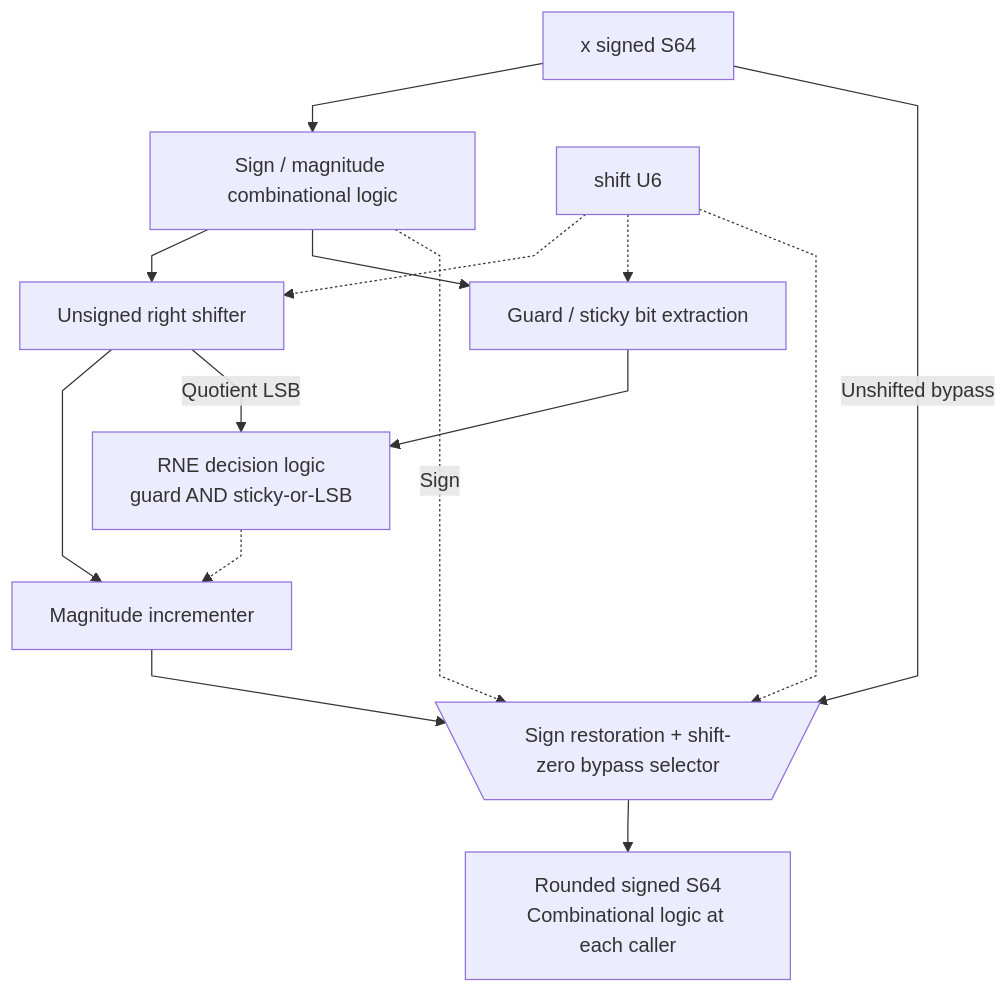
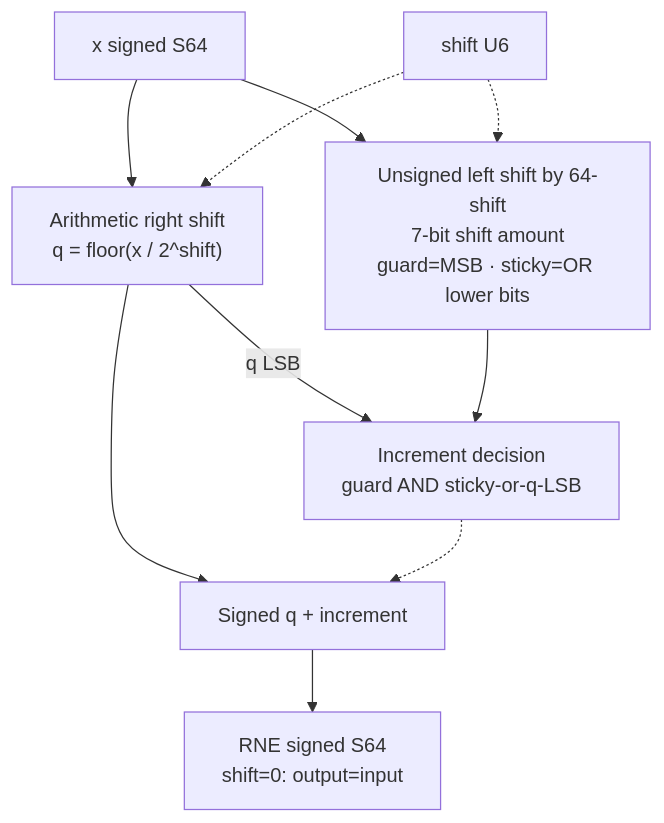
One commit to nguyennhutkhanhtom/NPU changed the second of 2 diagrams in docs/source_guide/blocks/npu_pkg.sv.md. Above: the diagram before and after it, drawn with Mermaid. The commit also changed other lines of this file and 123 other files, not shown here.

````diff
--- a/docs/source_guide/blocks/npu_pkg.sv.md
+++ b/docs/source_guide/blocks/npu_pkg.sv.md
@@ -193,18 +188,12 @@
 ```mermaid
 flowchart TB
-%%{init: {"flowchart": {"subGraphTitleMargin": {"top": 8, "bottom": 20}, "nodeSpacing": 28, "rankSpacing": 42, "curve": "linear"}}}%%
-    X["x signed S64"] --> MAG["Sign / magnitude combinational logic"]
-    R["shift U6"] -.-> SH["Unsigned right shifter"]
-    MAG --> SH
-    MAG --> BITS["Guard / sticky bit extraction"]
+    X["x signed S64"] --> SH["Arithmetic right shift<br/>q = floor(x / 2^shift)"]
+    R["shift U6"] -.-> SH
+    X --> BITS["Unsigned left shift by 64-shift<br/>7-bit shift amount<br/>guard=MSB · sticky=OR lower bits"]
     R -.-> BITS
-    SH --> INC["Magnitude incrementer"]
-    SH -->|"Quotient LSB"| ROUND["RNE decision logic<br/>guard AND sticky-or-LSB"]
+    SH -->|"q LSB"| ROUND["Increment decision<br/>guard AND sticky-or-q-LSB"]
     BITS --> ROUND
-    ROUND -.-> INC
-    INC --> SIGN@{ shape: trap-t, label: "Sign restoration + shift-zero bypass selector" }
-    MAG -.->|"Sign"| SIGN
-    X -->|"Unshifted bypass"| SIGN
-    R -.-> SIGN
-    SIGN --> OUT["Rounded signed S64<br/>Combinational logic at each caller"]
+    SH --> ADD["Signed q + increment"]
+    ROUND -.-> ADD
+    ADD --> OUT["RNE signed S64<br/>shift=0: output=input"]
 ```
````
